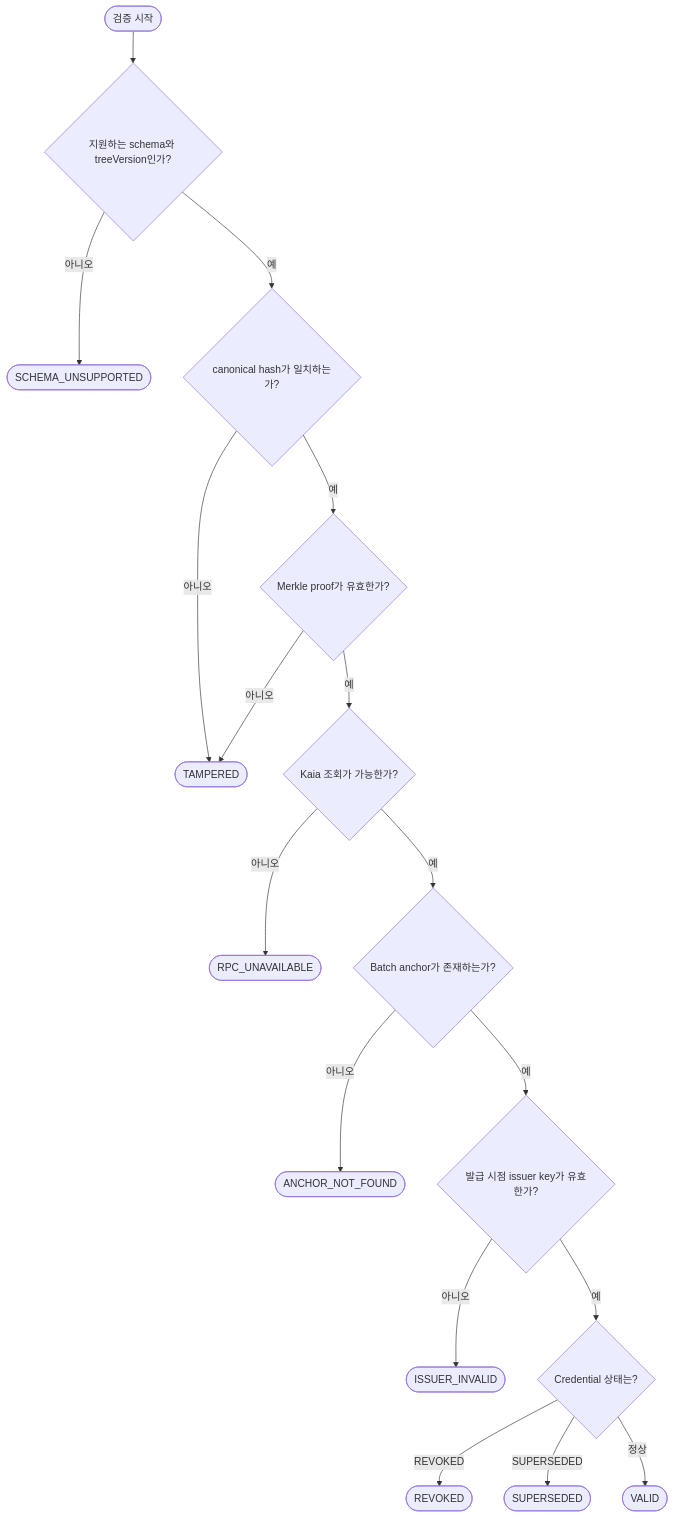
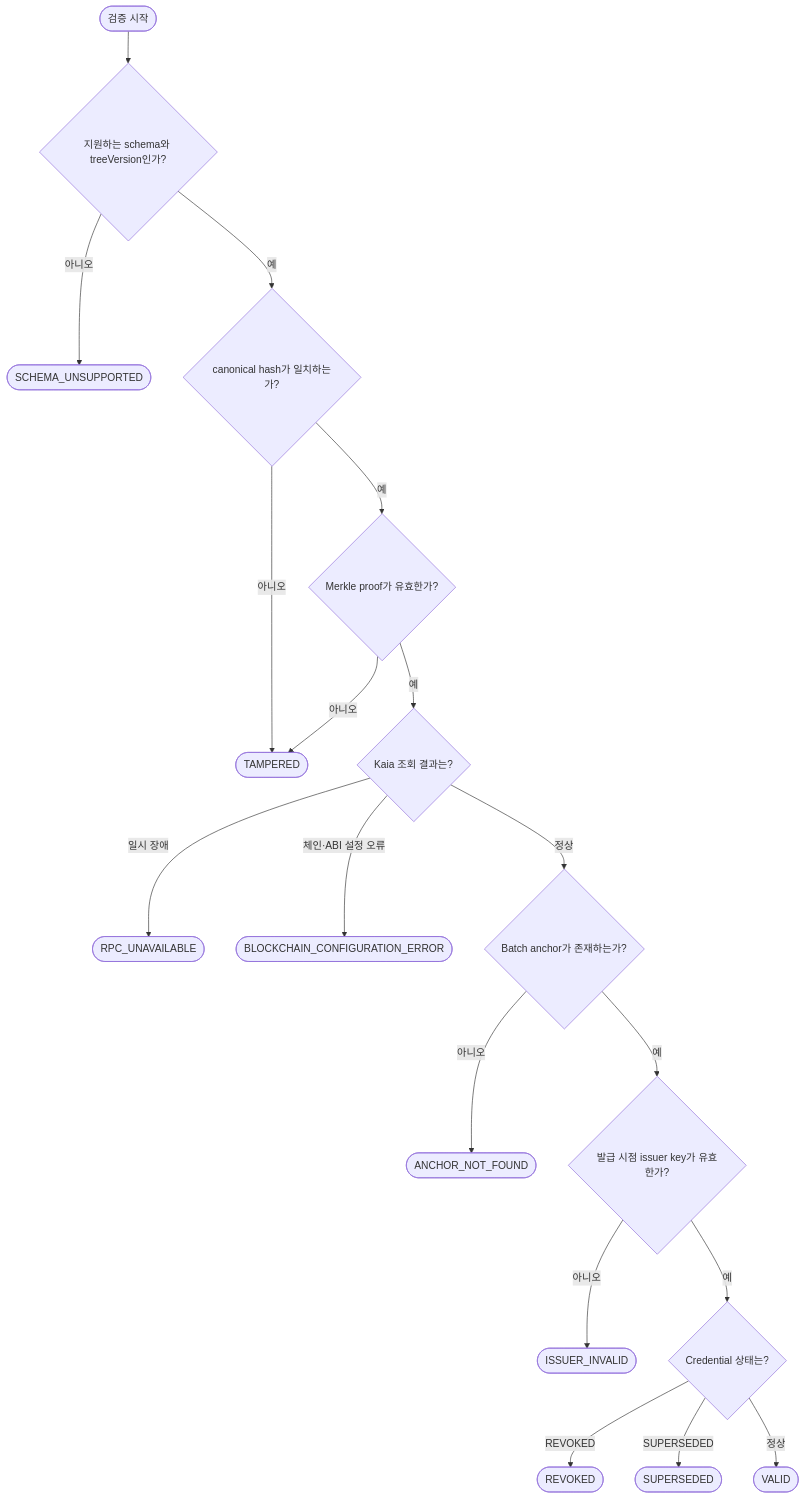
Before and after one commit to Tok-Baro/Trekkey_BackEnd: diagram 14 of 22 in docs/architecture-diagrams.md, drawn with Mermaid. The commit also changed other lines of this file and 123 other files, not shown here.

````diff
--- a/docs/architecture-diagrams.md
+++ b/docs/architecture-diagrams.md
@@ -426,19 +423,20 @@
 ```mermaid
 flowchart TD
     start(["검증 시작"]) --> schema{"지원하는 schema와 treeVersion인가?"}
     schema -->|"아니오"| unsupported(["SCHEMA_UNSUPPORTED"])
     schema -->|"예"| hashes{"canonical hash가 일치하는가?"}
     hashes -->|"아니오"| tampered(["TAMPERED"])
     hashes -->|"예"| proof{"Merkle proof가 유효한가?"}
     proof -->|"아니오"| tampered
-    proof -->|"예"| rpc{"Kaia 조회가 가능한가?"}
-    rpc -->|"아니오"| unavailable(["RPC_UNAVAILABLE"])
-    rpc -->|"예"| anchor{"Batch anchor가 존재하는가?"}
+    proof -->|"예"| rpc{"Kaia 조회 결과는?"}
+    rpc -->|"일시 장애"| unavailable(["RPC_UNAVAILABLE"])
+    rpc -->|"체인·ABI 설정 오류"| configError(["BLOCKCHAIN_CONFIGURATION_ERROR"])
+    rpc -->|"정상"| anchor{"Batch anchor가 존재하는가?"}
     anchor -->|"아니오"| anchorMissing(["ANCHOR_NOT_FOUND"])
     anchor -->|"예"| issuer{"발급 시점 issuer key가 유효한가?"}
     issuer -->|"아니오"| issuerInvalid(["ISSUER_INVALID"])
     issuer -->|"예"| credentialStatus{"Credential 상태는?"}
     credentialStatus -->|"REVOKED"| revoked(["REVOKED"])
     credentialStatus -->|"SUPERSEDED"| superseded(["SUPERSEDED"])
     credentialStatus -->|"정상"| valid(["VALID"])
 ```
````
